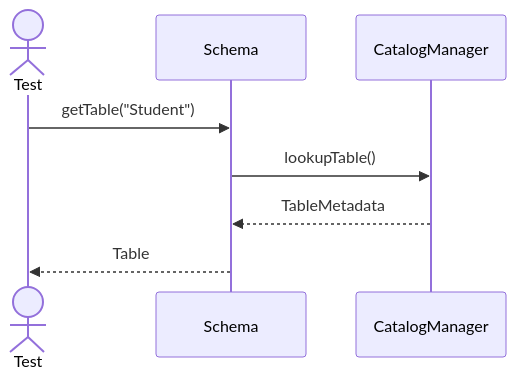
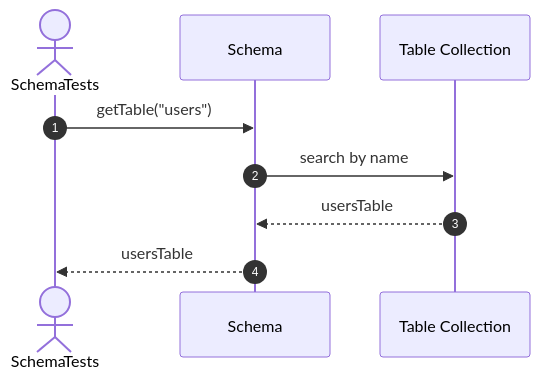
One commit to FhuAnn/-bbv-AN-s-DBMS changed the eighth of 15 diagrams in src/tests/unit/metadata/sequences/schemas-testing-sequences.md. Above: the diagram before and after it, drawn with Mermaid. The commit also changed other lines of this file and 60 other files, not shown here.

Commit message:
refactor data table, row, column, constraint, index test file

````diff
--- a/src/tests/unit/metadata/sequences/schemas-testing-sequences.md
+++ b/src/tests/unit/metadata/sequences/schemas-testing-sequences.md
@@ -223,16 +142,12 @@
 ```mermaid
 sequenceDiagram
-actor Test
+    autonumber
+    actor Test as SchemaTests
+    participant Schema as Schema
+    participant Tables as Table Collection
 
-participant Schema
-
-participant CatalogManager
-
-Test->>Schema: getTable("Student")
-
-Schema->>CatalogManager: lookupTable()
-
-CatalogManager-->>Schema: TableMetadata
-
-Schema-->>Test: Table
+    Test->>Schema: getTable("users")
+    Schema->>Tables: search by name
+    Tables-->>Schema: usersTable
+    Schema-->>Test: usersTable
 ```
````
